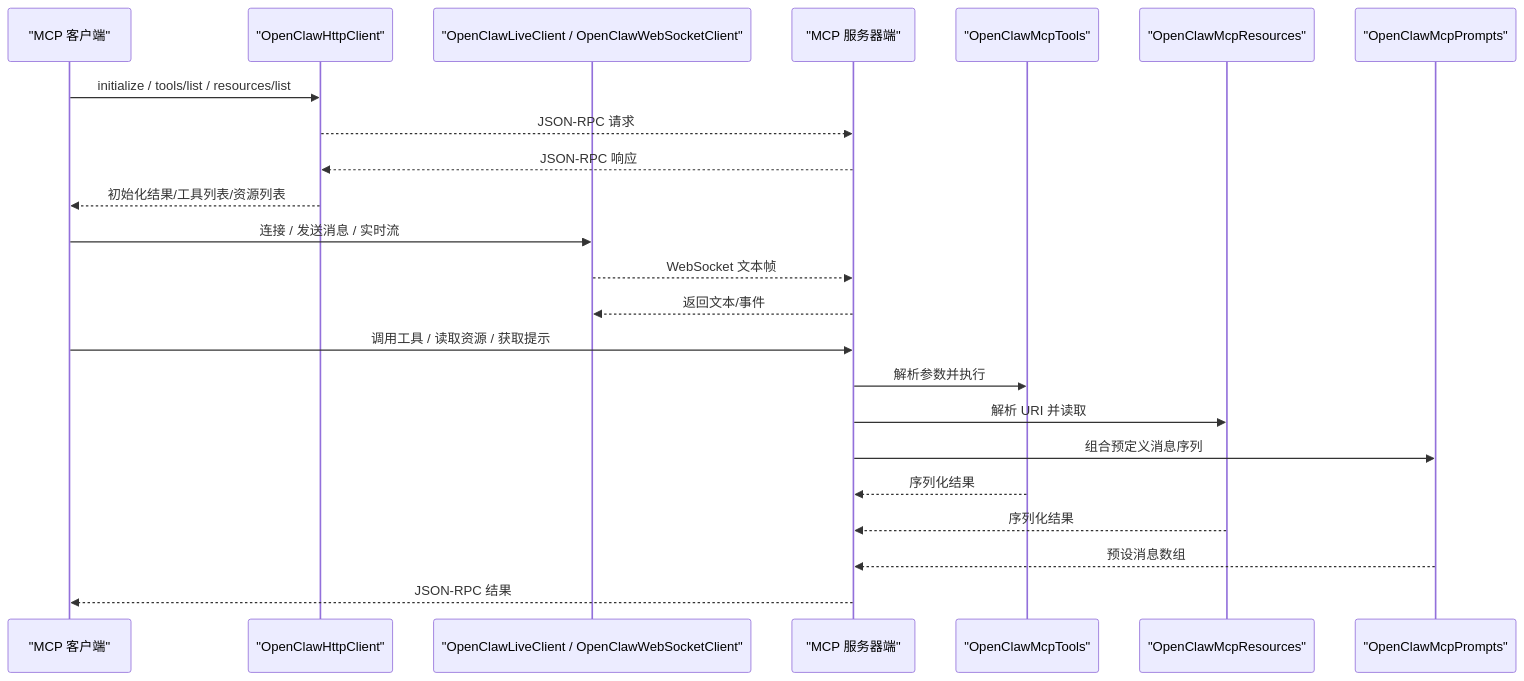
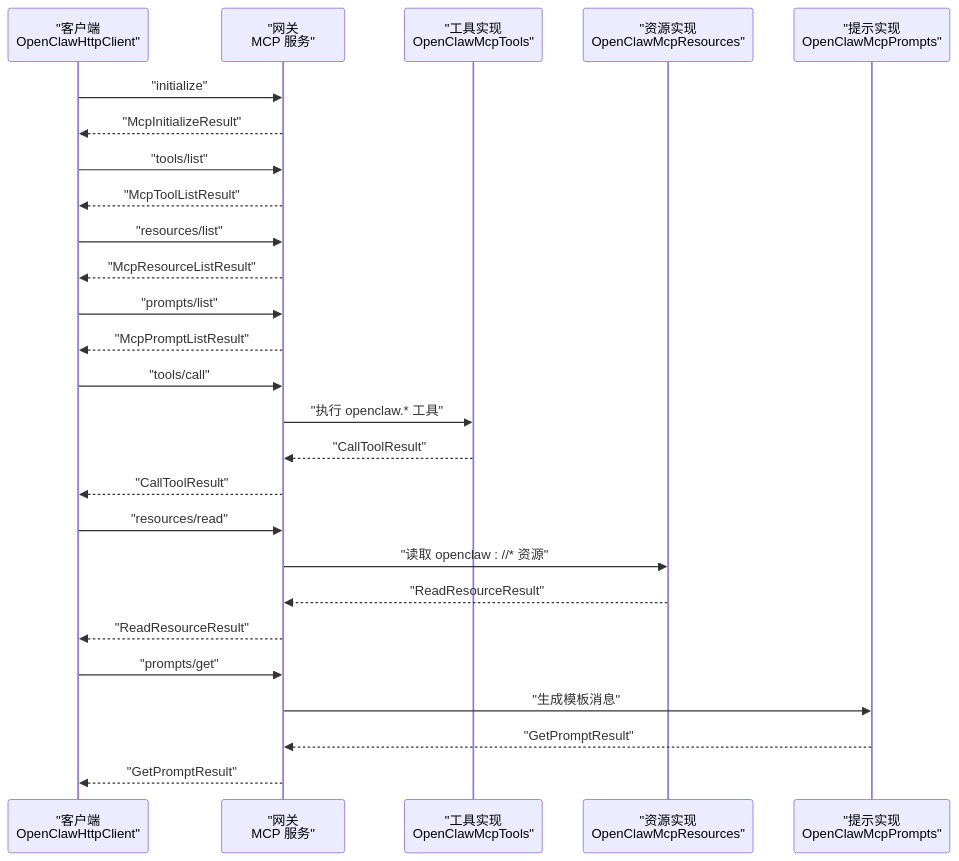
The second of 9 diagrams in .qoder/repowiki/zh/content/API 参考/MCP 协议.md (wayyet/kingcrab), drawn with Mermaid before and after one commit. The commit also changed other lines of this file and 431 other files, not shown here.

````diff
--- a/.qoder/repowiki/zh/content/API 参考/MCP 协议.md
+++ b/.qoder/repowiki/zh/content/API 参考/MCP 协议.md
@@ -120,25 +121,28 @@
 ```mermaid
 sequenceDiagram
-participant Client as "MCP 客户端"
-participant HTTP as "OpenClawHttpClient"
-participant WS as "OpenClawLiveClient / OpenClawWebSocketClient"
-participant Server as "MCP 服务器端"
-participant Tools as "OpenClawMcpTools"
-participant Resources as "OpenClawMcpResources"
-participant Prompts as "OpenClawMcpPrompts"
-Client->>HTTP : initialize / tools/list / resources/list
-HTTP-->>Server : JSON-RPC 请求
-Server-->>HTTP : JSON-RPC 响应
-HTTP-->>Client : 初始化结果/工具列表/资源列表
-Client->>WS : 连接 / 发送消息 / 实时流
-WS-->>Server : WebSocket 文本帧
-Server-->>WS : 返回文本/事件
-Client->>Server : 调用工具 / 读取资源 / 获取提示
-Server->>Tools : 解析参数并执行
-Server->>Resources : 解析 URI 并读取
-Server->>Prompts : 组合预定义消息序列
-Tools-->>Server : 序列化结果
-Resources-->>Server : 序列化结果
-Prompts-->>Server : 预设消息数组
-Server-->>Client : JSON-RPC 结果
+participant Client as "客户端<br/>OpenClawHttpClient"
+participant Gateway as "网关<br/>MCP 服务"
+participant Tools as "工具实现<br/>OpenClawMcpTools"
+participant Resources as "资源实现<br/>OpenClawMcpResources"
+participant Prompts as "提示实现<br/>OpenClawMcpPrompts"
+Client->>Gateway : "initialize"
+Gateway-->>Client : "McpInitializeResult"
+Client->>Gateway : "tools/list"
+Gateway-->>Client : "McpToolListResult"
+Client->>Gateway : "resources/list"
+Gateway-->>Client : "McpResourceListResult"
+Client->>Gateway : "prompts/list"
+Gateway-->>Client : "McpPromptListResult"
+Client->>Gateway : "tools/call"
+Gateway->>Tools : "执行 openclaw.* 工具"
+Tools-->>Gateway : "CallToolResult"
+Gateway-->>Client : "CallToolResult"
+Client->>Gateway : "resources/read"
+Gateway->>Resources : "读取 openclaw : //* 资源"
+Resources-->>Gateway : "ReadResourceResult"
+Gateway-->>Client : "ReadResourceResult"
+Client->>Gateway : "prompts/get"
+Gateway->>Prompts : "生成模板消息"
+Prompts-->>Gateway : "GetPromptResult"
+Gateway-->>Client : "GetPromptResult"
 ```
````
